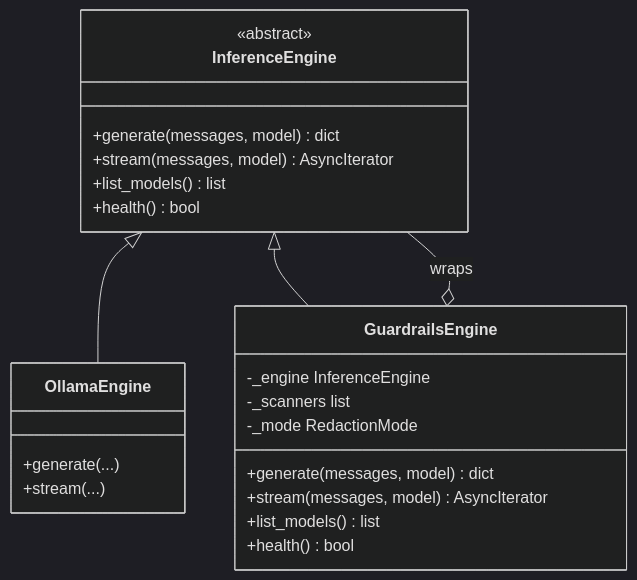
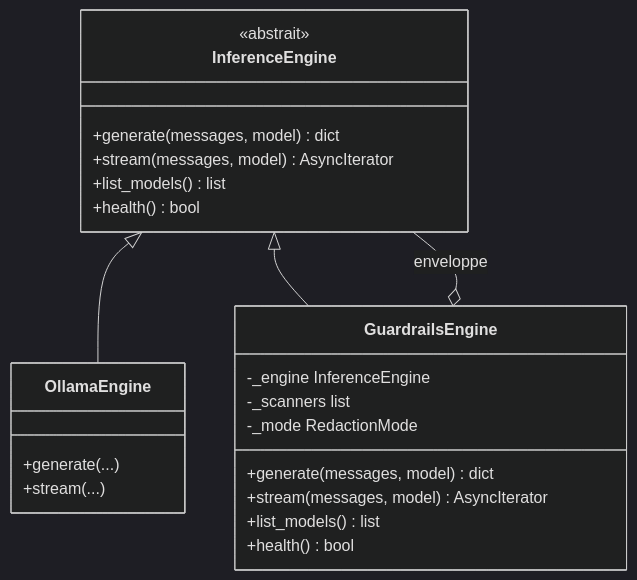
The second of 6 diagrams in docs/architecture/security.md (carlitoetienne01-spec/Diapason), drawn with Mermaid (dark theme) before and after one commit. The commit also changed other lines of this file and 257 other files, not shown here.

````diff
--- a/docs/architecture/security.md
+++ b/docs/architecture/security.md
@@ -43,26 +43,26 @@
 ```mermaid
 classDiagram
     class InferenceEngine {
-        <<abstract>>
+        <<abstrait>>
         +generate(messages, model) dict
         +stream(messages, model) AsyncIterator
         +list_models() list
         +health() bool
     }
     class OllamaEngine {
         +generate(...)
         +stream(...)
     }
     class GuardrailsEngine {
         -_engine InferenceEngine
         -_scanners list
         -_mode RedactionMode
         +generate(messages, model) dict
         +stream(messages, model) AsyncIterator
         +list_models() list
         +health() bool
     }
     InferenceEngine <|-- OllamaEngine
     InferenceEngine <|-- GuardrailsEngine
-    GuardrailsEngine o-- InferenceEngine : wraps
+    GuardrailsEngine o-- InferenceEngine : enveloppe
 ```
````
